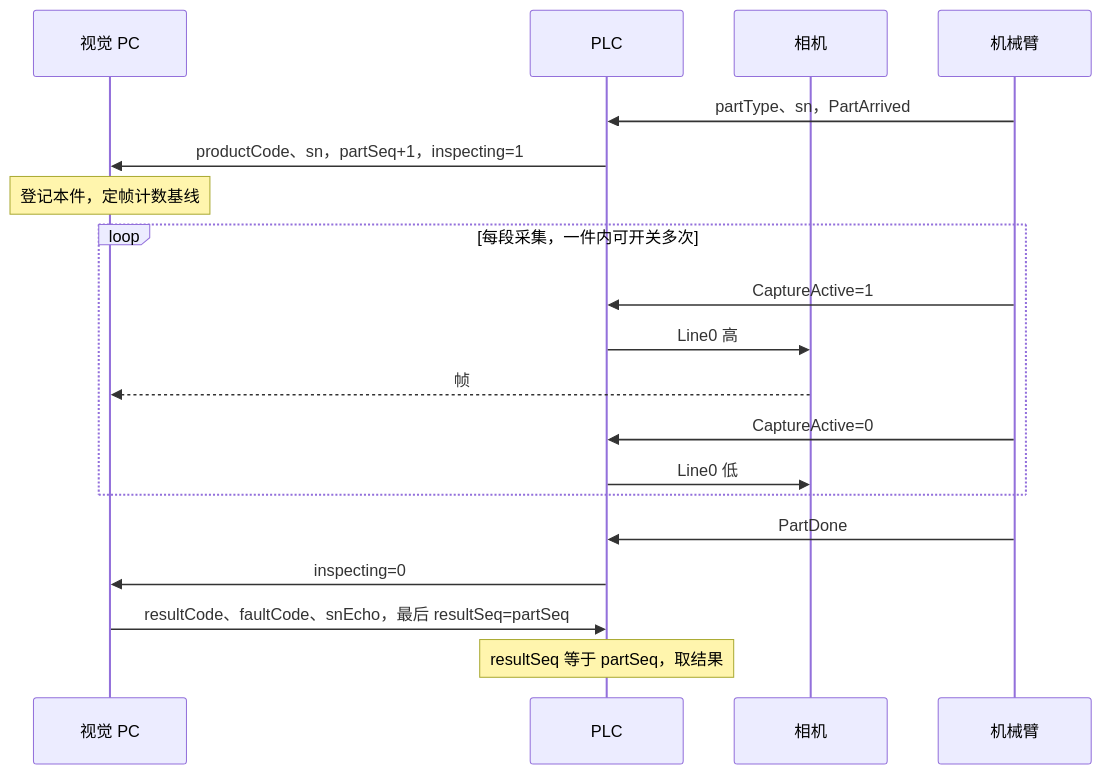
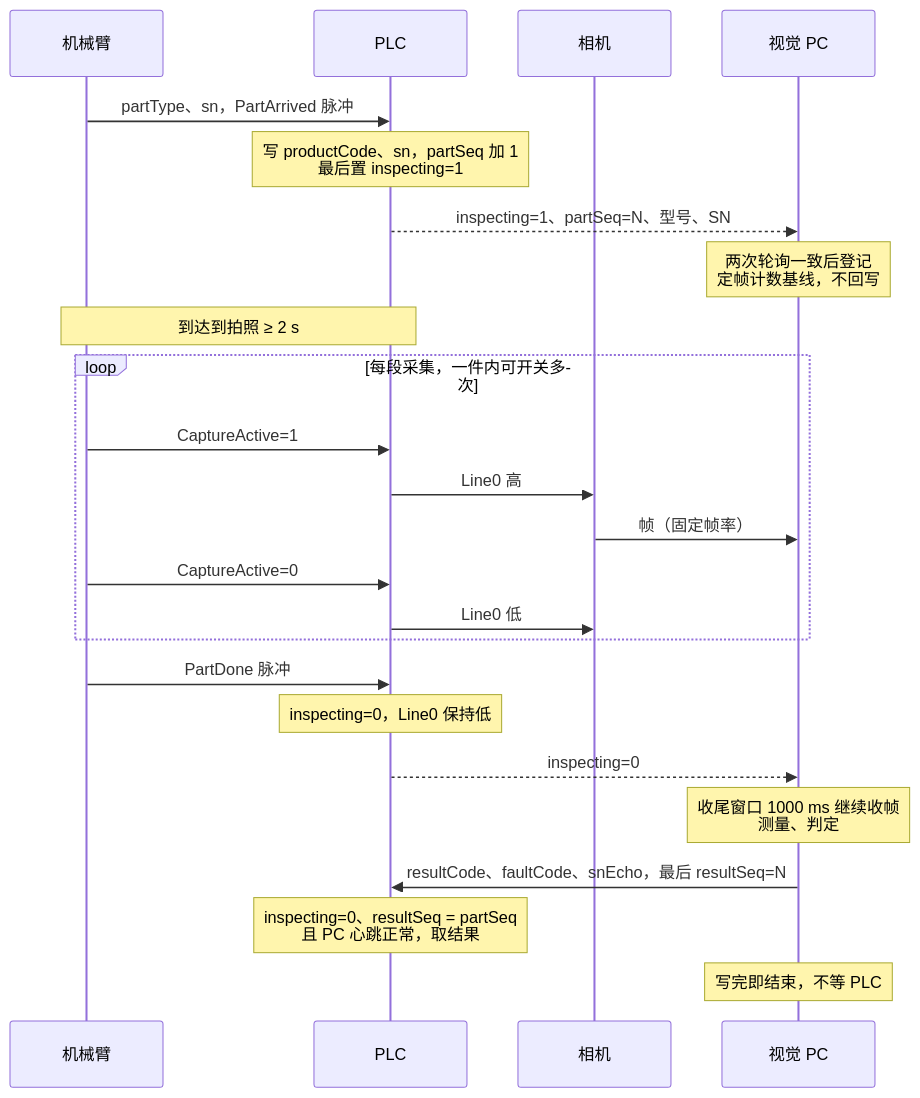
One commit to liangyuR/ly-gluesight changed the first of 2 diagrams in docs/integration/plc-communication-protocol.md. Above: the diagram before and after it, drawn with Mermaid. The commit also changed other lines of this file, not shown here.

Commit message:
docs: 协议 9 补充通讯时序图与取不到结果的情形 (#319)

````diff
--- a/docs/integration/plc-communication-protocol.md
+++ b/docs/integration/plc-communication-protocol.md
@@ -61,22 +65,27 @@
 ```mermaid
 sequenceDiagram
-    participant PC as 视觉 PC
+    participant ROB as 机械臂
     participant PLC as PLC
     participant CAM as 相机
-    participant ROB as 机械臂
+    participant PC as 视觉 PC
 
-    ROB->>PLC: partType、sn，PartArrived
-    PLC->>PC: productCode、sn，partSeq+1，inspecting=1
-    Note over PC: 登记本件，定帧计数基线
+    ROB->>PLC: partType、sn，PartArrived 脉冲
+    Note over PLC: 写 productCode、sn，partSeq 加 1<br/>最后置 inspecting=1
+    PLC-->>PC: inspecting=1、partSeq=N、型号、SN
+    Note over PC: 两次轮询一致后登记<br/>定帧计数基线，不回写
+    Note over ROB,PLC: 到达到拍照 ≥ 2 s
     loop 每段采集，一件内可开关多次
         ROB->>PLC: CaptureActive=1
         PLC->>CAM: Line0 高
-        CAM-->>PC: 帧
+        CAM->>PC: 帧（固定帧率）
         ROB->>PLC: CaptureActive=0
         PLC->>CAM: Line0 低
     end
-    ROB->>PLC: PartDone
-    PLC->>PC: inspecting=0
-    PC->>PLC: resultCode、faultCode、snEcho，最后 resultSeq=partSeq
-    Note over PLC: resultSeq 等于 partSeq，取结果
+    ROB->>PLC: PartDone 脉冲
+    Note over PLC: inspecting=0，Line0 保持低
+    PLC-->>PC: inspecting=0
+    Note over PC: 收尾窗口 1000 ms 继续收帧<br/>测量、判定
+    PC->>PLC: resultCode、faultCode、snEcho，最后 resultSeq=N
+    Note over PLC: inspecting=0、resultSeq = partSeq<br/>且 PC 心跳正常，取结果
+    Note over PC: 写完即结束，不等 PLC
 ```
````
